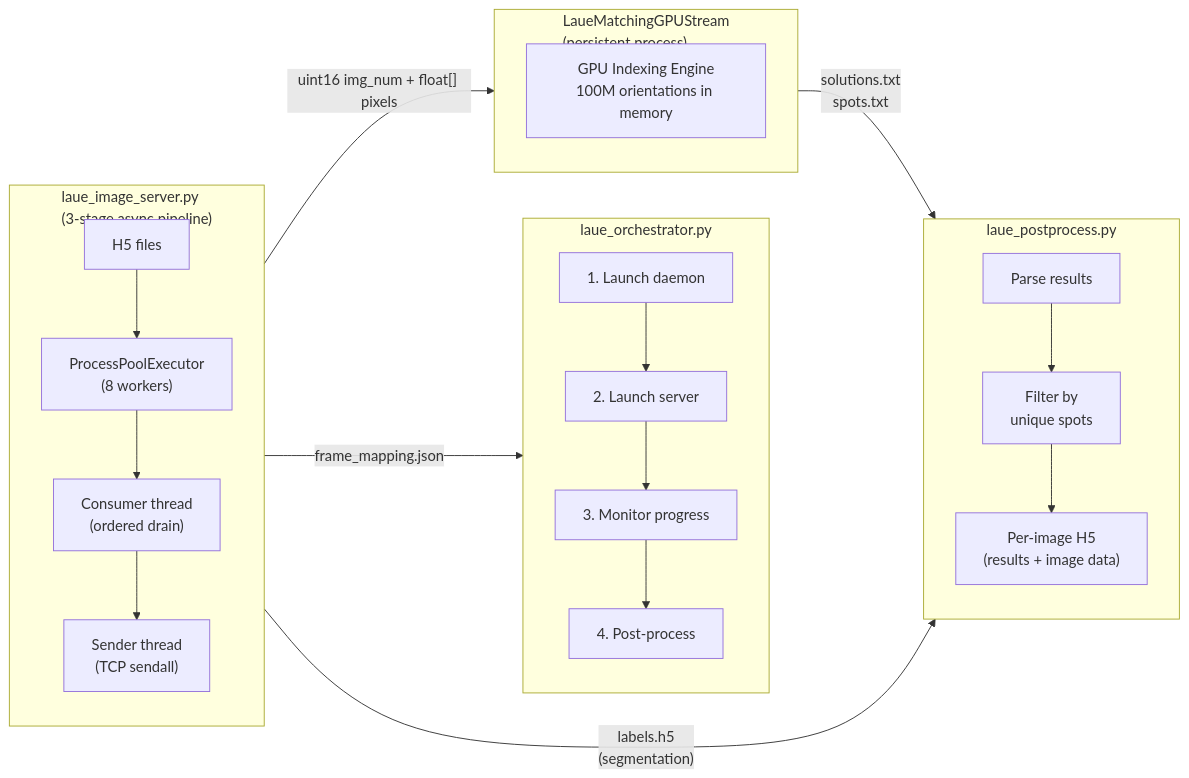
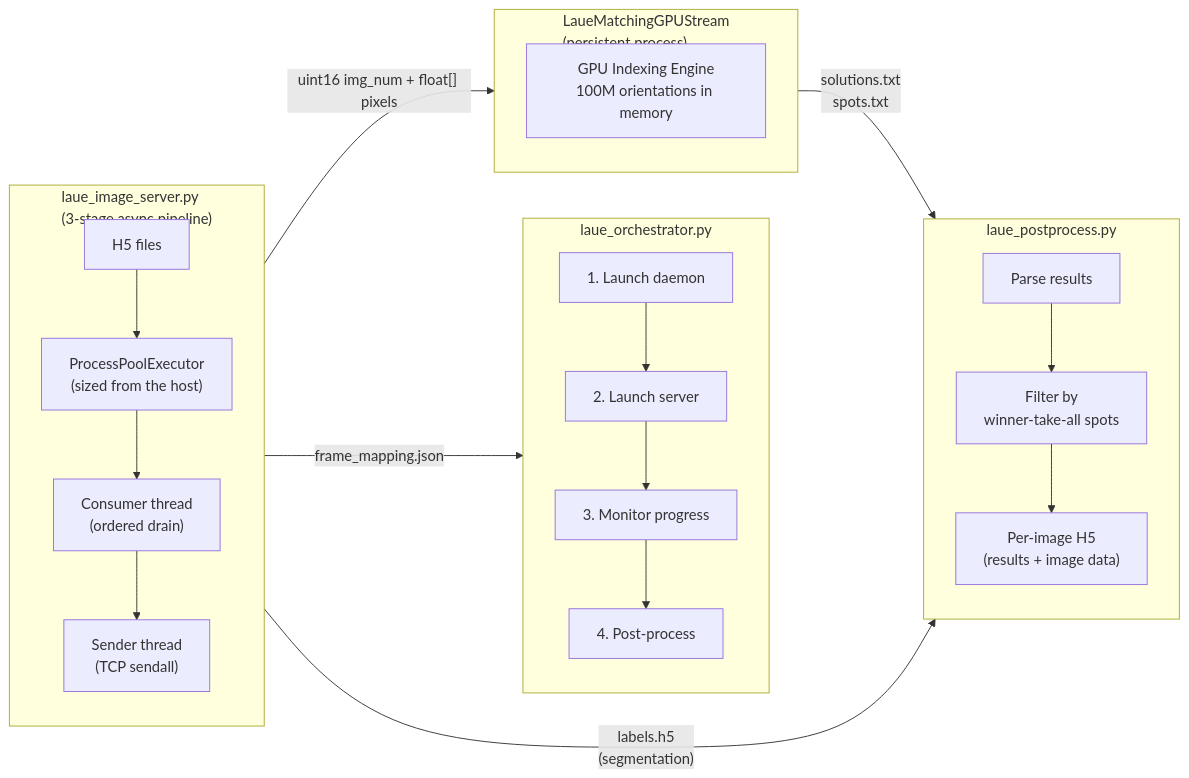
One commit to AdvancedPhotonSource/LaueMatching changed the second of 3 diagrams in README.md. Above: the diagram before and after it, drawn with Mermaid. The commit also changed other lines of this file and 18 other files, not shown here.

````diff
--- a/README.md
+++ b/README.md
@@ -87,32 +87,32 @@
 ```mermaid
 flowchart LR
     subgraph Orchestrator ["laue_orchestrator.py"]
         direction TB
         S1["1. Launch daemon"]
         S2["2. Launch server"]
         S3["3. Monitor progress"]
         S4["4. Post-process"]
         S1 --> S2 --> S3 --> S4
     end
 
     subgraph Daemon ["LaueMatchingGPUStream<br/>(persistent process)"]
         GPU["GPU Indexing Engine<br/>100M orientations in memory"]
     end
 
     subgraph Server ["laue_image_server.py<br/>(3-stage async pipeline)"]
         direction TB
-        H5["H5 files"] --> Pool["ProcessPoolExecutor<br/>(8 workers)"]
+        H5["H5 files"] --> Pool["ProcessPoolExecutor<br/>(sized from the host)"]
         Pool --> Consumer["Consumer thread<br/>(ordered drain)"]
         Consumer --> Send["Sender thread<br/>(TCP sendall)"]
     end
 
     subgraph PostProc ["laue_postprocess.py"]
         direction TB
-        Parse["Parse results"] --> Filter["Filter by<br/>unique spots"] --> Out["Per-image H5<br/>(results + image data)"]
+        Parse["Parse results"] --> Filter["Filter by<br/>winner-take-all spots"] --> Out["Per-image H5<br/>(results + image data)"]
     end
 
     Server -- "uint16 img_num + float[] pixels" --> Daemon
     Daemon -- "solutions.txt<br/>spots.txt" --> PostProc
     Server -- "frame_mapping.json" --> Orchestrator
     Server -- "labels.h5<br/>(segmentation)" --> PostProc
 ```
````
